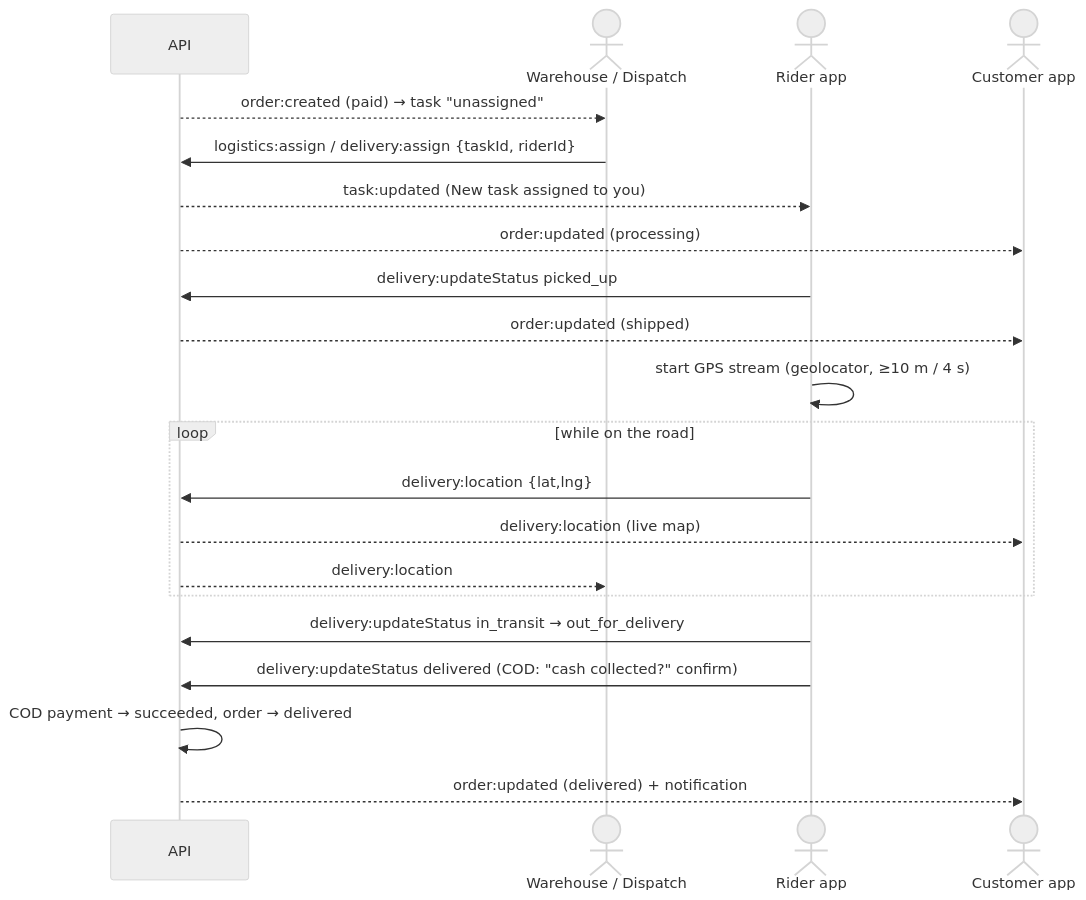
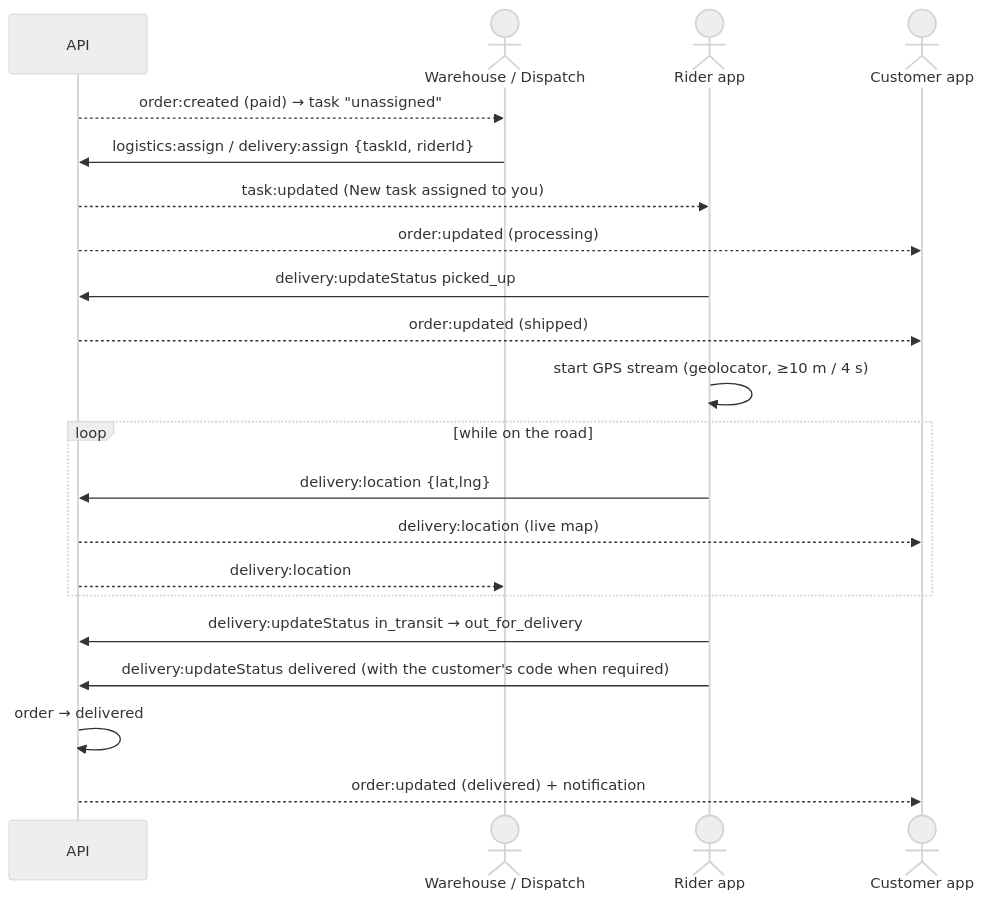
Diagram 17 of 20 in docs/ARCHITECTURE.md (WaseemMirzaa/somba-apps), drawn with Mermaid (neutral theme) before and after one commit. The commit also changed other lines of this file and 23 other files, not shown here.

````diff
--- a/docs/ARCHITECTURE.md
+++ b/docs/ARCHITECTURE.md
@@ -1634,23 +1631,23 @@
 ```mermaid
 sequenceDiagram
   participant API
   actor WH as Warehouse / Dispatch
   actor R as Rider app
   actor C as Customer app
   API-->>WH: order:created (paid) → task "unassigned"
   WH->>API: logistics:assign / delivery:assign {taskId, riderId}
   API-->>R: task:updated (New task assigned to you)
   API-->>C: order:updated (processing)
   R->>API: delivery:updateStatus picked_up
   API-->>C: order:updated (shipped)
   R->>R: start GPS stream (geolocator, ≥10 m / 4 s)
   loop while on the road
     R->>API: delivery:location {lat,lng}
     API-->>C: delivery:location (live map)
     API-->>WH: delivery:location
   end
   R->>API: delivery:updateStatus in_transit → out_for_delivery
-  R->>API: delivery:updateStatus delivered (COD: "cash collected?" confirm)
-  API->>API: COD payment → succeeded, order → delivered
+  R->>API: delivery:updateStatus delivered (with the customer's code when required)
+  API->>API: order → delivered
   API-->>C: order:updated (delivered) + notification
 ```
````
